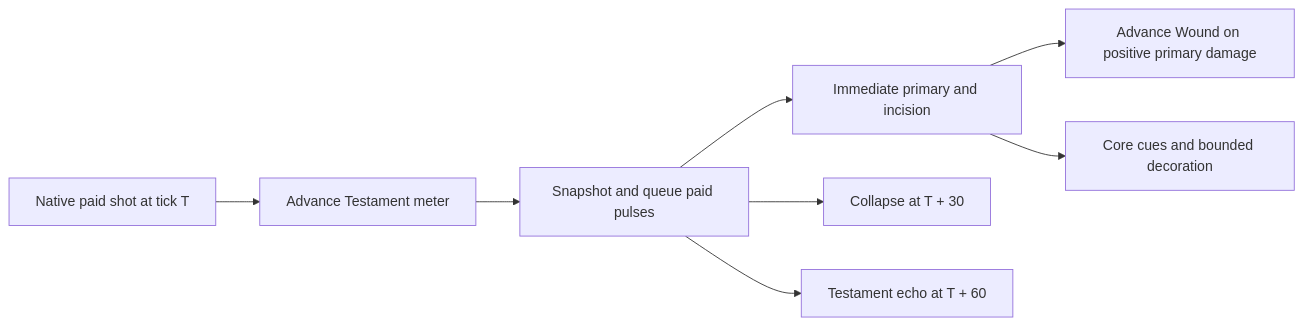
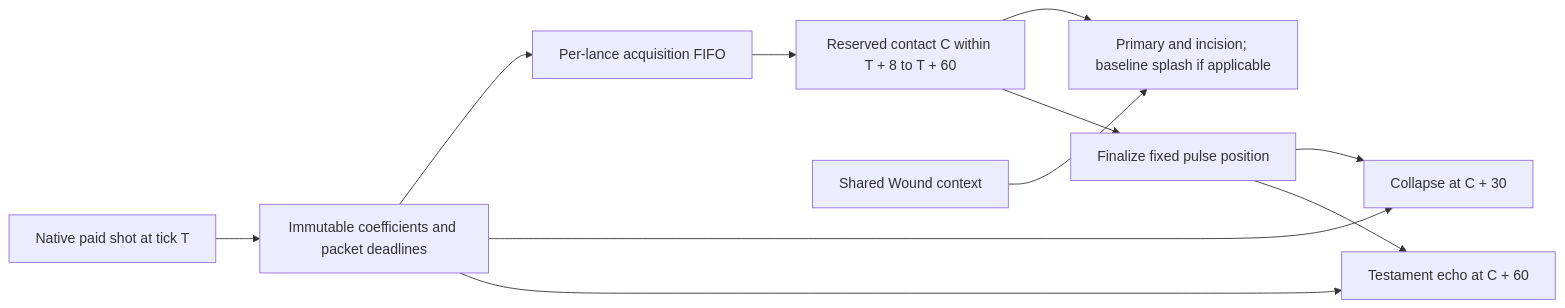
The diagram in .codex/esir/blueprints/singularity-lance.md (aRighteousGod/exotic-space-industries-remembrance), drawn with Mermaid before and after one commit. The commit also changed other lines of this file and 41 other files, not shown here.

````diff
--- a/.codex/esir/blueprints/singularity-lance.md
+++ b/.codex/esir/blueprints/singularity-lance.md
@@ -23,10 +15,13 @@
 ```mermaid
 flowchart LR
-  Shot[Native paid shot at tick T] --> Meter[Advance Testament meter]
-  Meter --> Snap[Snapshot and queue paid pulses]
-  Snap --> Direct[Immediate primary and incision]
-  Direct --> Wound[Advance Wound on positive primary damage]
-  Snap --> Collapse[Collapse at T + 30]
-  Snap --> Echo[Testament echo at T + 60]
-  Direct --> Cue[Core cues and bounded decoration]
+  Paid[Native paid shot at tick T] --> Snap[Immutable coefficients and packet deadlines]
+  Snap --> FIFO[Per-lance acquisition FIFO]
+  FIFO --> Contact[Reserved contact C within T + 8 to T + 60]
+  Contact --> Direct[Primary and incision; baseline splash if applicable]
+  Contact --> Fixed[Finalize fixed pulse position]
+  Snap --> Collapse[Collapse at C + 30]
+  Snap --> Echo[Testament echo at C + 60]
+  Fixed --> Collapse
+  Fixed --> Echo
+  Context[Shared Wound context] --> Direct
 ```
````
